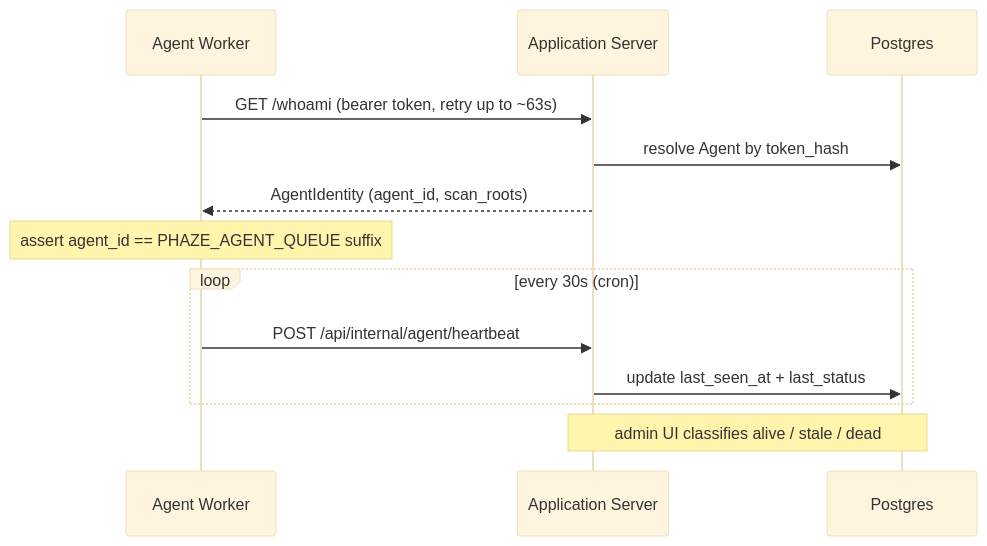
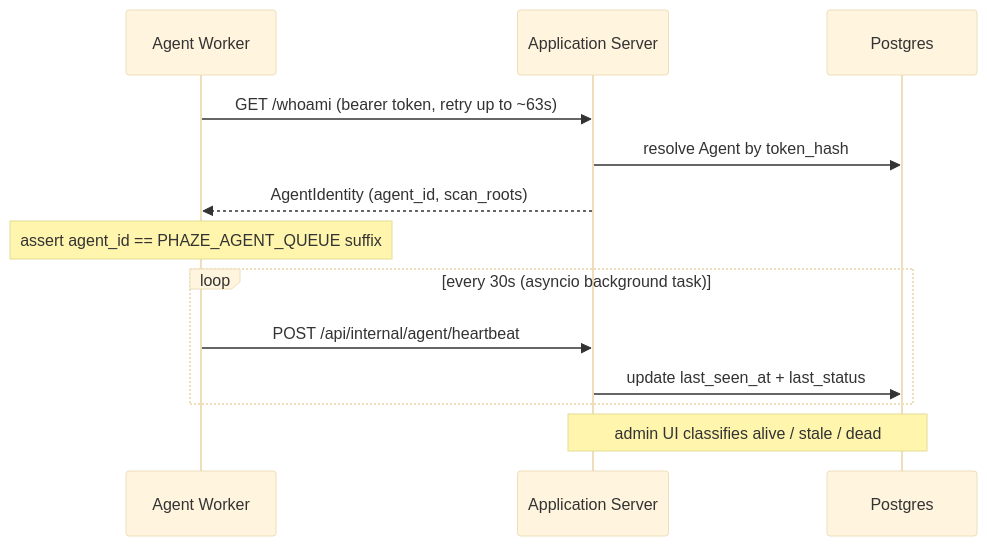
Before and after one commit to SimplicityGuy/phaze: the third of 3 diagrams in docs/architecture.md, drawn with Mermaid (base theme). The commit also changed other lines of this file and 14 other files, not shown here.

````diff
--- a/docs/architecture.md
+++ b/docs/architecture.md
@@ -296,15 +296,15 @@
 ```mermaid
 sequenceDiagram
     participant W as Agent Worker
     participant API as Application Server
     participant DB as Postgres
     W->>API: GET /whoami (bearer token, retry up to ~63s)
     API->>DB: resolve Agent by token_hash
     API-->>W: AgentIdentity (agent_id, scan_roots)
     Note over W: assert agent_id == PHAZE_AGENT_QUEUE suffix
-    loop every 30s (cron)
+    loop every 30s (asyncio background task)
         W->>API: POST /api/internal/agent/heartbeat
         API->>DB: update last_seen_at + last_status
     end
     Note over API,DB: admin UI classifies alive / stale / dead
 ```
````
